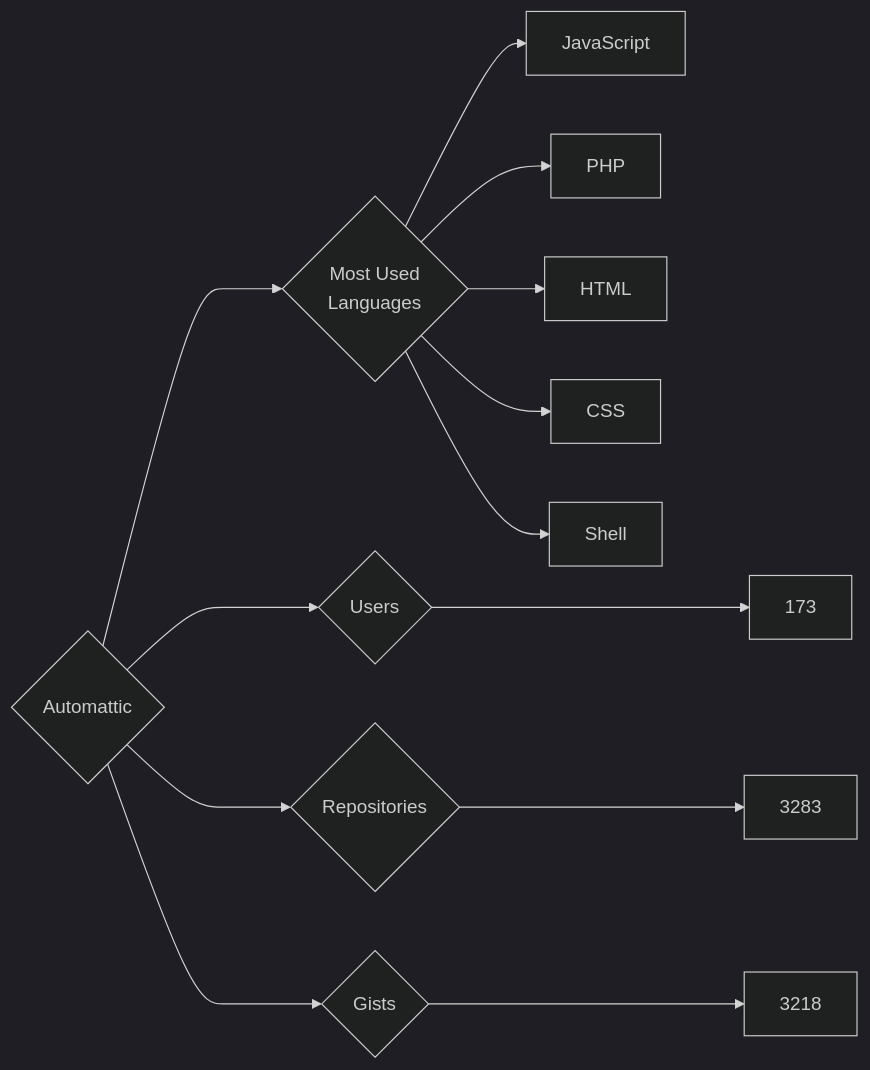
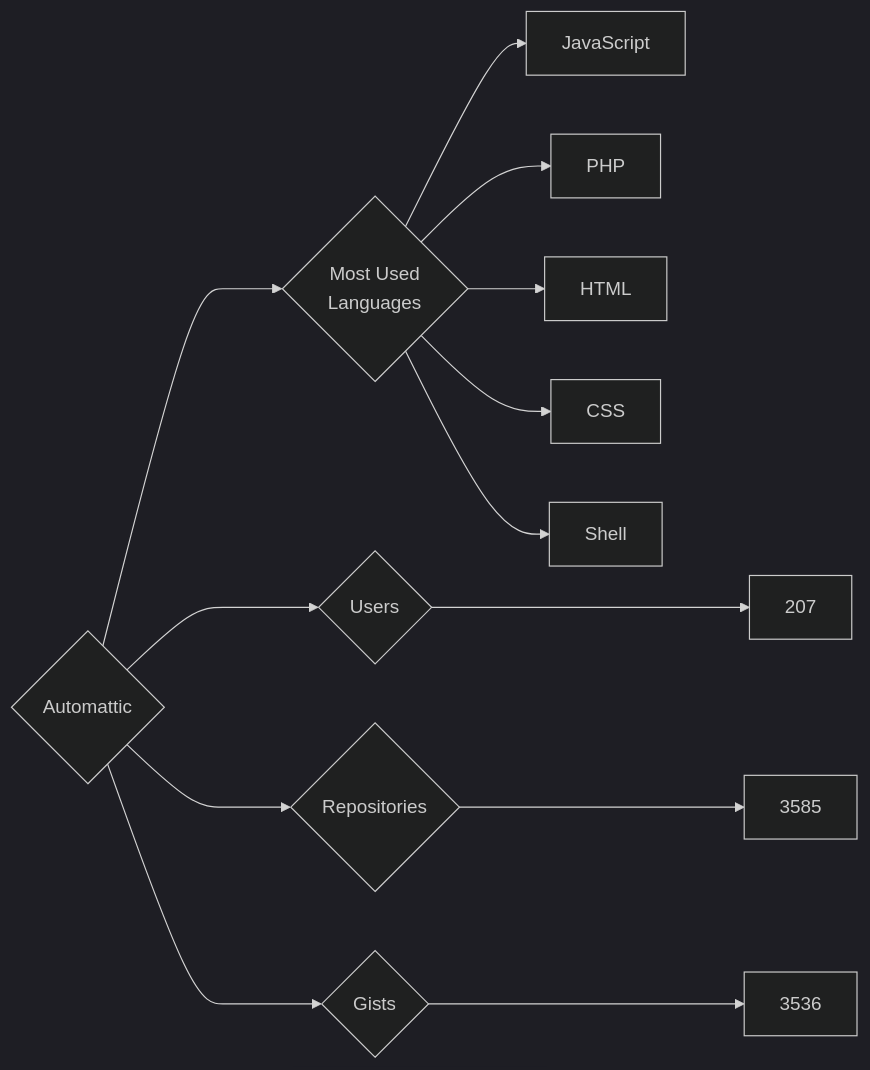
Before and after one commit to trickest/insiders: the diagram in targets/Automattic/README.md, drawn with Mermaid (dark theme). The commit also changed 639 other files, not shown here.

````diff
--- a/targets/Automattic/README.md
+++ b/targets/Automattic/README.md
@@ -3,13 +3,13 @@
 ```mermaid
 graph LR
 COMPANY_NAME{Automattic}
-COMPANY_NAME ---> U{Users} ---> UN[173]
-COMPANY_NAME ---> R{Repositories} ---> RN[3283]
-COMPANY_NAME ---> G{Gists} ---> GN[3218]
+COMPANY_NAME ---> U{Users} ---> UN[207]
+COMPANY_NAME ---> R{Repositories} ---> RN[3585]
+COMPANY_NAME ---> G{Gists} ---> GN[3536]
 COMPANY_NAME ---> ML{Most Used<br>Languages}
 ML --> JavaScript[JavaScript]
 ML --> PHP[PHP]
 ML --> HTML[HTML]
 ML --> CSS[CSS]
 ML --> Shell[Shell]
 ```
````
